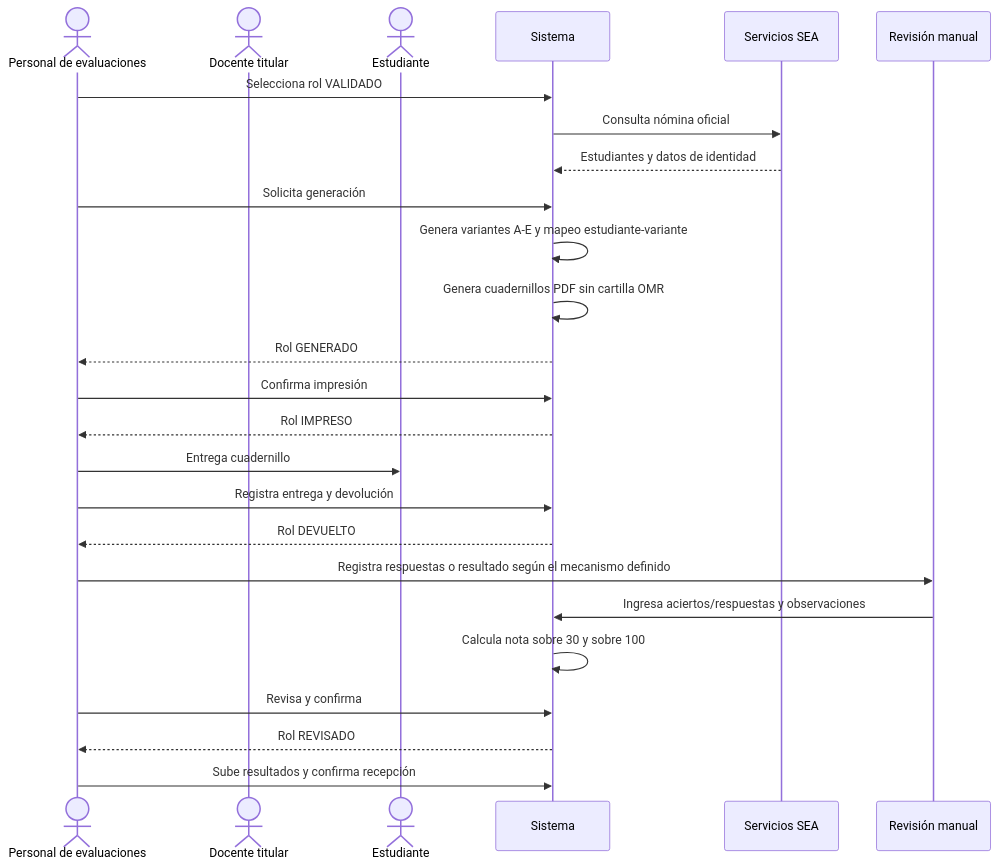
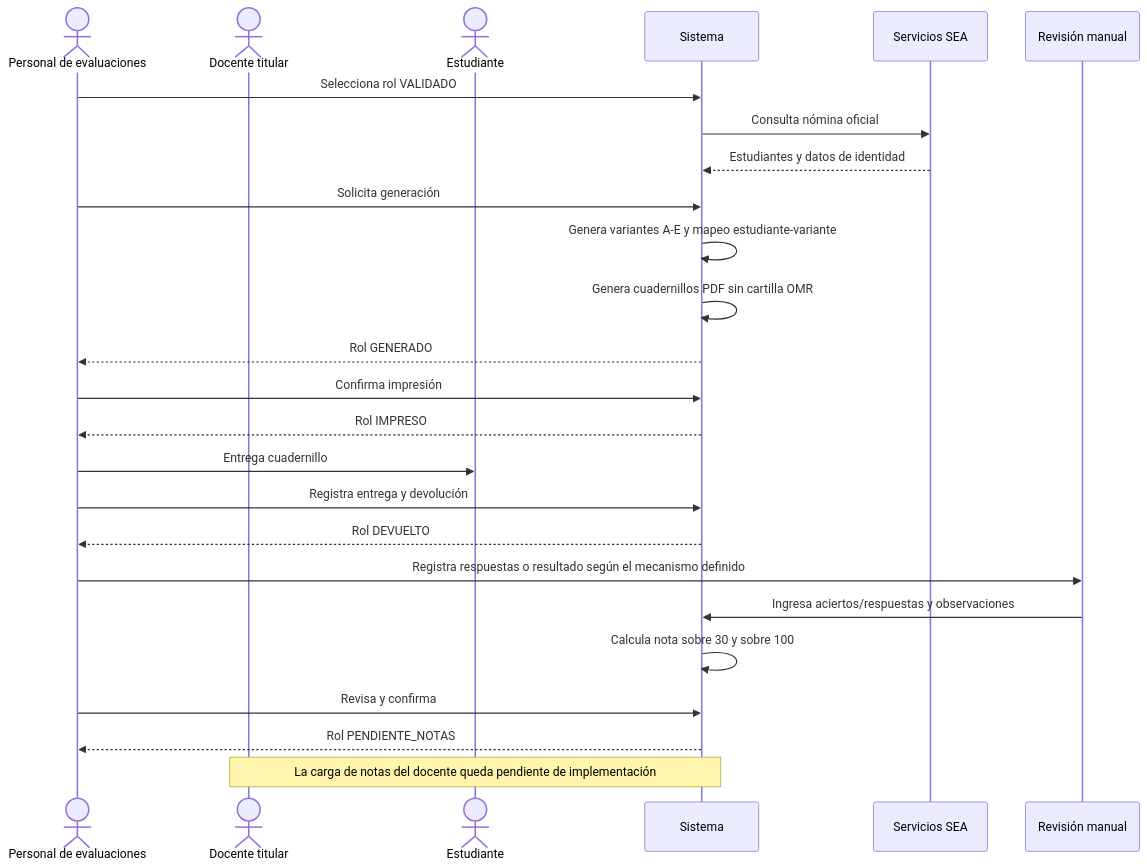
One commit to 4R13L-D3NY5/evaluaciones changed the third of 4 diagrams in docs/flujo-secuencia-uso-examenes.md. Above: the diagram before and after it, drawn with Mermaid. The commit also changed other lines of this file and 31 other files, not shown here.

````diff
--- a/docs/flujo-secuencia-uso-examenes.md
+++ b/docs/flujo-secuencia-uso-examenes.md
@@ -155,28 +155,28 @@
 ```mermaid
 sequenceDiagram
     actor Personal as Personal de evaluaciones
     actor Docente as Docente titular
     actor Estudiante as Estudiante
     participant Sistema as Sistema
     participant SEA as Servicios SEA
     participant Revision as Revisión manual
 
     Personal->>Sistema: Selecciona rol VALIDADO
     Sistema->>SEA: Consulta nómina oficial
     SEA-->>Sistema: Estudiantes y datos de identidad
     Personal->>Sistema: Solicita generación
     Sistema->>Sistema: Genera variantes A-E y mapeo estudiante-variante
     Sistema->>Sistema: Genera cuadernillos PDF sin cartilla OMR
     Sistema-->>Personal: Rol GENERADO
     Personal->>Sistema: Confirma impresión
     Sistema-->>Personal: Rol IMPRESO
     Personal->>Estudiante: Entrega cuadernillo
     Personal->>Sistema: Registra entrega y devolución
     Sistema-->>Personal: Rol DEVUELTO
     Personal->>Revision: Registra respuestas o resultado según el mecanismo definido
     Revision->>Sistema: Ingresa aciertos/respuestas y observaciones
     Sistema->>Sistema: Calcula nota sobre 30 y sobre 100
     Personal->>Sistema: Revisa y confirma
-    Sistema-->>Personal: Rol REVISADO
-    Personal->>Sistema: Sube resultados y confirma recepción
+    Sistema-->>Personal: Rol PENDIENTE_NOTAS
+    Note over Docente,Sistema: La carga de notas del docente queda pendiente de implementación
 ```
````
